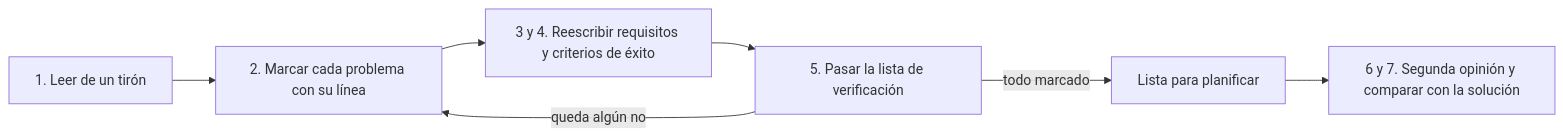
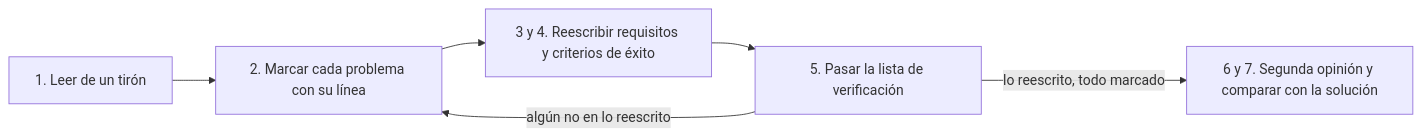
The diagram in ejercicios/05-arreglar-una-especificacion-mala.md (antroc/charla-sdd), drawn with Mermaid before and after one commit. The commit also changed other lines of this file and 2 other files, not shown here.

````diff
--- a/ejercicios/05-arreglar-una-especificacion-mala.md
+++ b/ejercicios/05-arreglar-una-especificacion-mala.md
@@ -39,9 +39,8 @@
 ```mermaid
 flowchart LR
     leer["1. Leer de un tirón"] --> marcar["2. Marcar cada problema con su línea"]
     marcar --> reescribir["3 y 4. Reescribir requisitos y criterios de éxito"]
     reescribir --> checklist["5. Pasar la lista de verificación"]
-    checklist -->|"todo marcado"| lista["Lista para planificar"]
-    checklist -->|"queda algún no"| marcar
-    lista --> comparar["6 y 7. Segunda opinión y comparar con la solución"]
+    checklist -->|"algún no en lo reescrito"| marcar
+    checklist -->|"lo reescrito, todo marcado"| comparar["6 y 7. Segunda opinión y comparar con la solución"]
 ```
````
